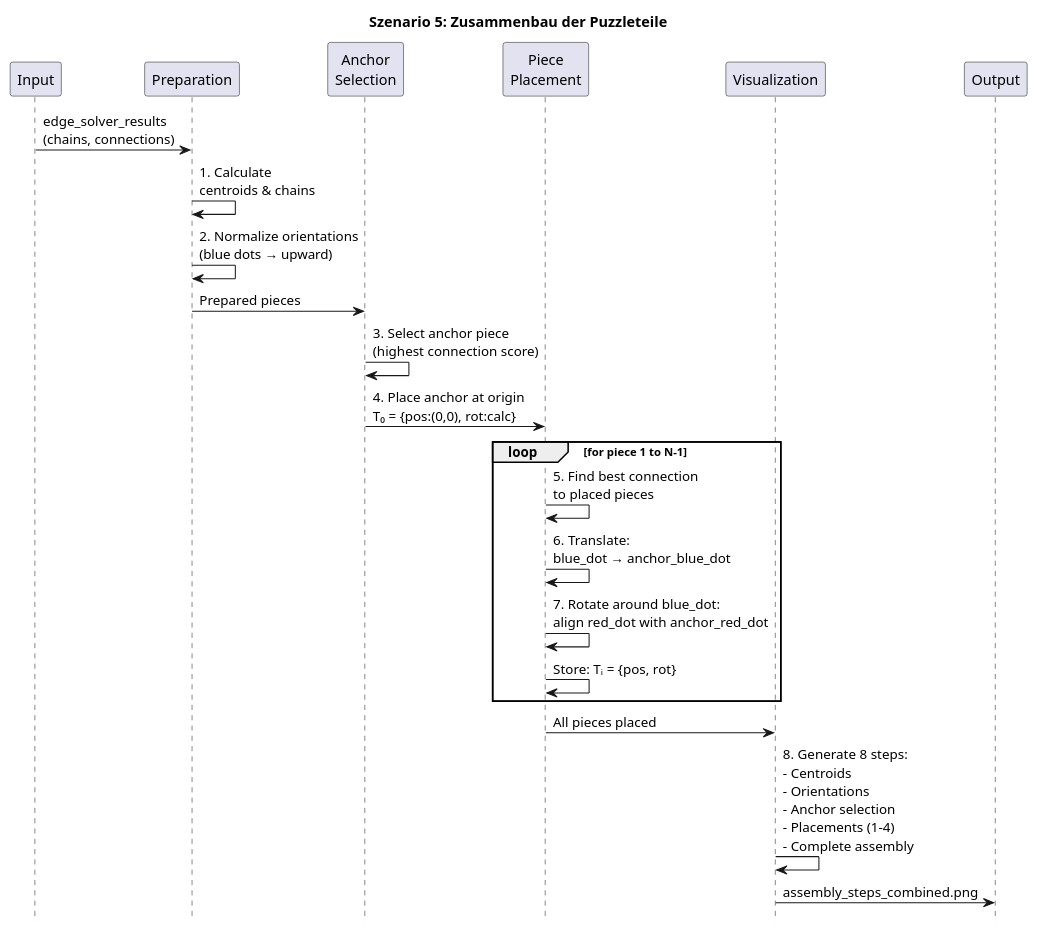
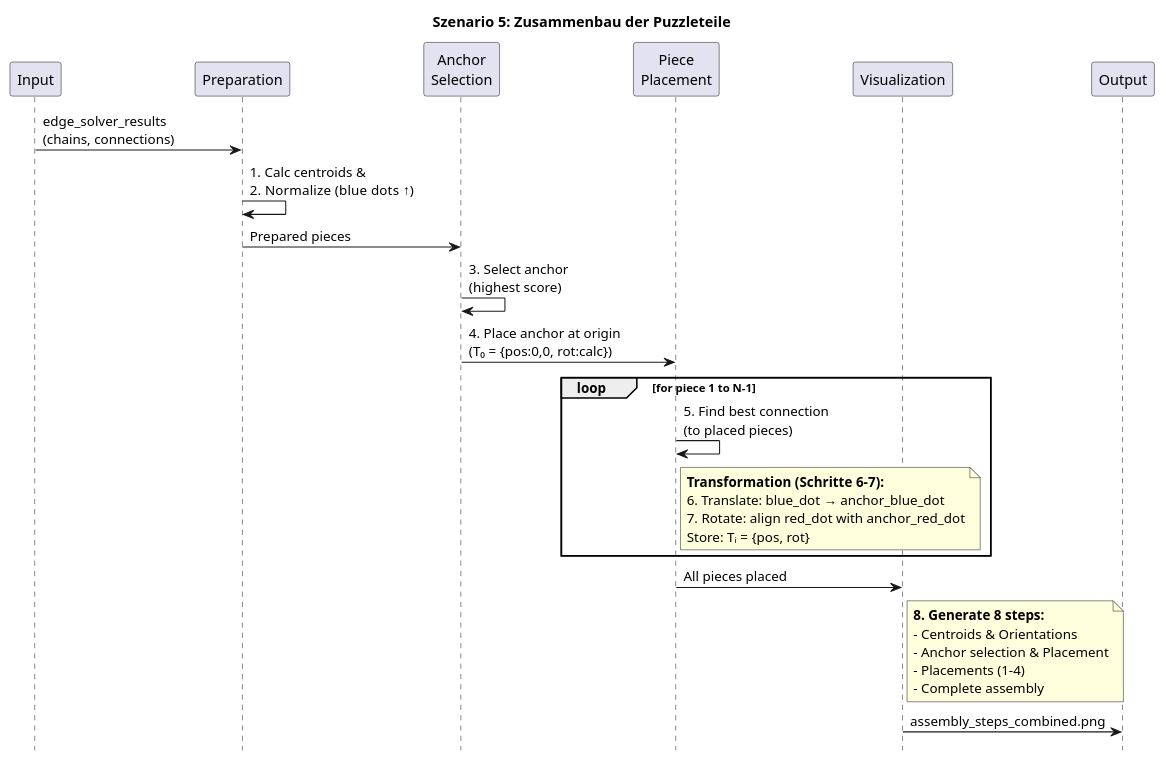
One commit to PrenTeam3/simulator-v2 changed the diagram in diagrams/szenario5-assembly.puml. Above: the diagram before and after it, drawn with PlantUML. The commit also changed 4 other files, not shown here.

Commit message:
updated diagramm

```diff
--- a/diagrams/szenario5-assembly.puml
+++ b/diagrams/szenario5-assembly.puml
@@ -1,41 +1,53 @@
 @startuml
 title Szenario 5: Zusammenbau der Puzzleteile
 
+' Breite erzwingen
+skinparam ParticipantPadding 60
+skinparam BoxPadding 10
 hide footbox
 
 participant "Input" as IN
 participant "Preparation" as PREP
 participant "Anchor\nSelection" as ANCHOR
 participant "Piece\nPlacement" as PLACE
 participant "Visualization" as VIS
 participant "Output" as OUT
 
 IN -> PREP: edge_solver_results\n(chains, connections)
 
-PREP -> PREP: 1. Calculate\ncentroids & chains
-
-PREP -> PREP: 2. Normalize orientations\n(blue dots → upward)
+' Schritte 1 & 2 zusammengefasst
+PREP -> PREP: 1. Calc centroids &\n2. Normalize (blue dots ↑)
 
 PREP -> ANCHOR: Prepared pieces
 
-ANCHOR -> ANCHOR: 3. Select anchor piece\n(highest connection score)
+ANCHOR -> ANCHOR: 3. Select anchor\n(highest score)
 
-ANCHOR -> PLACE: 4. Place anchor at origin\nT₀ = {pos:(0,0), rot:calc}
+ANCHOR -> PLACE: 4. Place anchor at origin\n(T₀ = {pos:0,0, rot:calc})
 
 loop for piece 1 to N-1
-    PLACE -> PLACE: 5. Find best connection\nto placed pieces
+    PLACE -> PLACE: 5. Find best connection\n(to placed pieces)
 
-    PLACE -> PLACE: 6. Translate:\nblue_dot → anchor_blue_dot
-
-    PLACE -> PLACE: 7. Rotate around blue_dot:\nalign red_dot with anchor_red_dot
-
-    PLACE -> PLACE: Store: Tᵢ = {pos, rot}
+    ' HIER SPAREN WIR PLATZ:
+    ' Schritte 6 & 7 (Mathe) in eine Notiz ausgelagert
+    note right of PLACE
+      **Transformation (Schritte 6-7):**
+      6. Translate: blue_dot → anchor_blue_dot
+      7. Rotate: align red_dot with anchor_red_dot
+      Store: Tᵢ = {pos, rot}
+    end note
 end
 
 PLACE -> VIS: All pieces placed
 
-VIS -> VIS: 8. Generate 8 steps:\n- Centroids\n- Orientations\n- Anchor selection\n- Placements (1-4)\n- Complete assembly
+' Schritt 8 (Liste) in eine Notiz ausgelagert
+note right of VIS
+  **8. Generate 8 steps:**
+  - Centroids & Orientations
+  - Anchor selection & Placement
+  - Placements (1-4)
+  - Complete assembly
+end note
 
 VIS -> OUT: assembly_steps_combined.png
 
 @enduml
```
